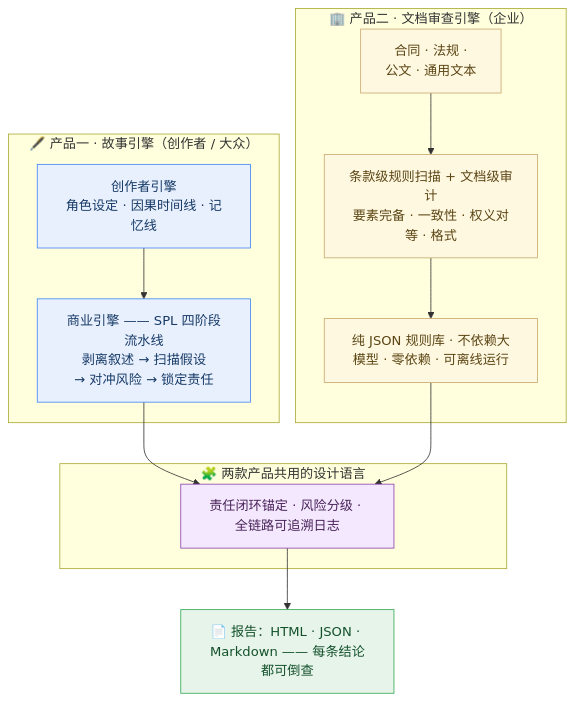
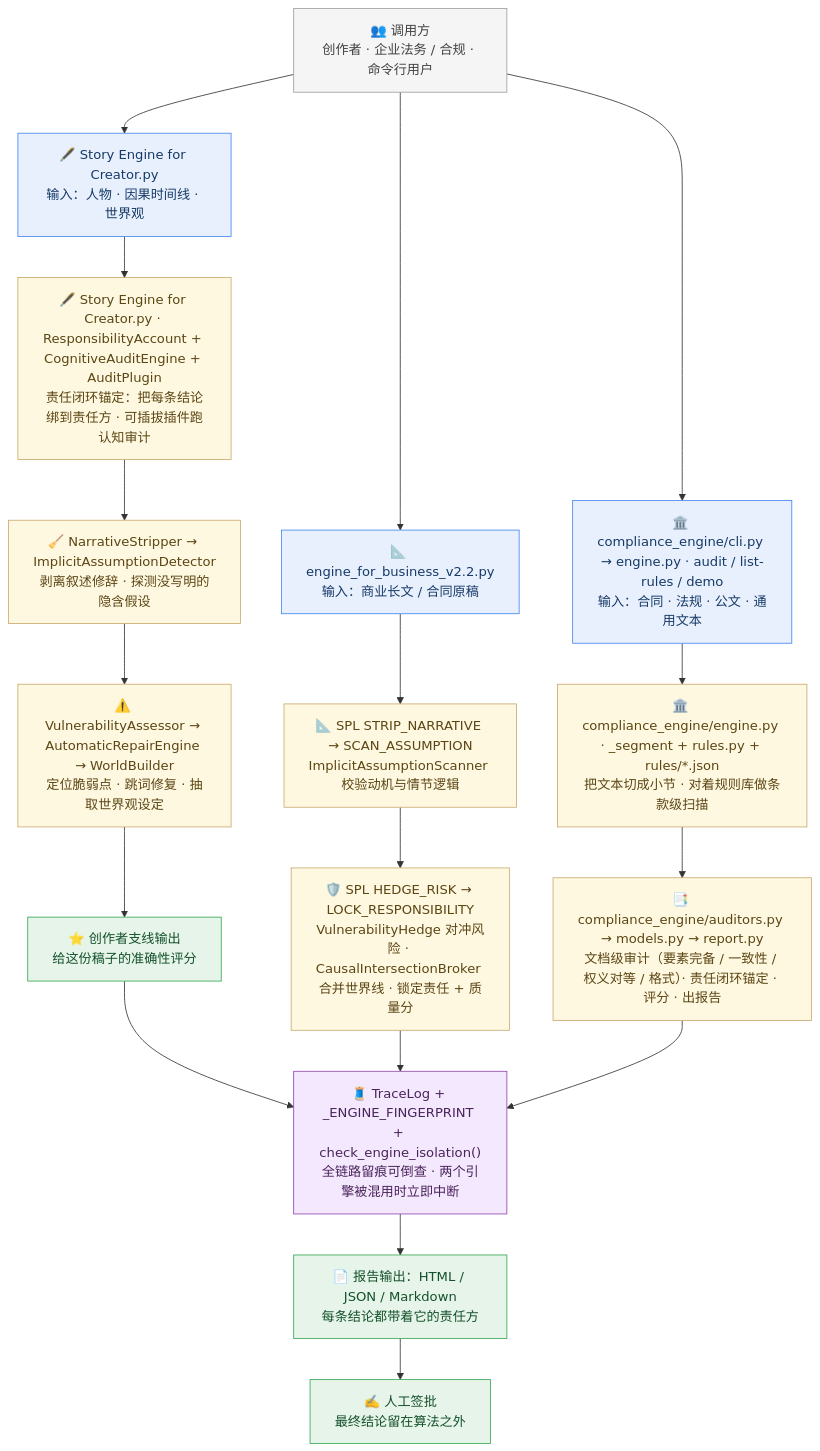
Before and after one commit to nohn3043-arch/ducument-engine: the diagram in README-zh.md, drawn with Mermaid. The commit also changed other lines of this file and 1 other file, not shown here.

Commit message:
docs: redraw architecture as a module-level flowchart (EN+ZH)

````diff
--- a/README-zh.md
+++ b/README-zh.md
@@ -43,35 +43,50 @@
 ```mermaid
 flowchart TB
-    subgraph P1["🖋️ 产品一 · 故事引擎（创作者 / 大众）"]
-        A1["创作者引擎<br/>角色设定 · 因果时间线 · 记忆线"]
-        A2["商业引擎 —— SPL 四阶段流水线<br/>剥离叙述 → 扫描假设<br/>→ 对冲风险 → 锁定责任"]
-    end
+    UP["👥 调用方<br/>创作者 · 企业法务 / 合规 · 命令行用户"]
 
-    subgraph P2["🏢 产品二 · 文档审查引擎（企业）"]
-        B1["合同 · 法规 ·<br/>公文 · 通用文本"]
-        B2["条款级规则扫描 + 文档级审计<br/>要素完备 · 一致性 · 权义对等 · 格式"]
-        B3["纯 JSON 规则库 · 不依赖大模型 · 零依赖 · 可离线运行"]
-    end
+    CIN["🖋️ Story Engine for Creator.py<br/>输入：人物 · 因果时间线 · 世界观"]
+    C1["🖋️ Story Engine for Creator.py · ResponsibilityAccount + CognitiveAuditEngine + AuditPlugin<br/>责任闭环锚定：把每条结论绑到责任方 · 可插拔插件跑认知审计"]
+    C2["🧹 NarrativeStripper → ImplicitAssumptionDetector<br/>剥离叙述修辞 · 探测没写明的隐含假设"]
+    C3["⚠️ VulnerabilityAssessor → AutomaticRepairEngine → WorldBuilder<br/>定位脆弱点 · 跳词修复 · 抽取世界观设定"]
+    COUT["⭐ 创作者支线输出<br/>给这份稿子的准确性评分"]
 
-    subgraph SHARED["🧩 两款产品共用的设计语言"]
-        C["责任闭环锚定 · 风险分级 · 全链路可追溯日志"]
-    end
+    BIN["📐 engine_for_business_v2.2.py<br/>输入：商业长文 / 合同原稿"]
+    B1["📐 SPL STRIP_NARRATIVE → SCAN_ASSUMPTION<br/>ImplicitAssumptionScanner 校验动机与情节逻辑"]
+    B2["🛡️ SPL HEDGE_RISK → LOCK_RESPONSIBILITY<br/>VulnerabilityHedge 对冲风险 · CausalIntersectionBroker 合并世界线 · 锁定责任 + 质量分"]
 
-    OUT["📄 报告：HTML · JSON · Markdown —— 每条结论都可倒查"]
+    DIN["🏛️ compliance_engine/cli.py → engine.py · audit / list-rules / demo<br/>输入：合同 · 法规 · 公文 · 通用文本"]
+    D1["🏛️ compliance_engine/engine.py · _segment + rules.py + rules/*.json<br/>把文本切成小节 · 对着规则库做条款级扫描"]
+    D2["📑 compliance_engine/auditors.py → models.py → report.py<br/>文档级审计（要素完备 / 一致性 / 权义对等 / 格式）· 责任闭环锚定 · 评分 · 出报告"]
 
-    A1 --> A2
-    A2 --> C
+    SH["🧵 TraceLog + _ENGINE_FINGERPRINT + check_engine_isolation()<br/>全链路留痕可倒查 · 两个引擎被混用时立即中断"]
+    OUT["📄 报告输出：HTML / JSON / Markdown<br/>每条结论都带着它的责任方"]
+    HUMAN["✍️ 人工签批<br/>最终结论留在算法之外"]
+
+    UP --> CIN
+    UP --> BIN
+    UP --> DIN
+    CIN --> C1
+    C1 --> C2
+    C2 --> C3
+    C3 --> COUT
+    BIN --> B1
     B1 --> B2
-    B2 --> B3
-    B3 --> C
-    C --> OUT
+    DIN --> D1
+    D1 --> D2
+    COUT --> SH
+    B2 --> SH
+    D2 --> SH
+    SH --> OUT
+    OUT --> HUMAN
 
-    classDef cA fill:#E8F0FE,stroke:#4285F4,stroke-width:1px,color:#173A66
-    classDef cB fill:#FFF8E1,stroke:#C9A96E,stroke-width:1px,color:#5B4614
-    classDef cS fill:#F3E8FD,stroke:#8E44AD,stroke-width:1px,color:#4A235A
+    classDef cUp fill:#F5F5F5,stroke:#9E9E9E,stroke-width:1px,color:#424242
+    classDef cIn fill:#E8F0FE,stroke:#4285F4,stroke-width:1px,color:#173A66
+    classDef cCore fill:#FFF8E1,stroke:#C9A96E,stroke-width:1px,color:#5B4614
+    classDef cSide fill:#F3E8FD,stroke:#8E44AD,stroke-width:1px,color:#4A235A
     classDef cOut fill:#E6F4EA,stroke:#34A853,stroke-width:1px,color:#14512B
-    class A1,A2 cA
-    class B1,B2,B3 cB
-    class C cS
-    class OUT cOut
+    class UP cUp
+    class CIN,BIN,DIN cIn
+    class C1,C2,C3,B1,B2,D1,D2 cCore
+    class SH cSide
+    class COUT,OUT,HUMAN cOut
 ```
````
